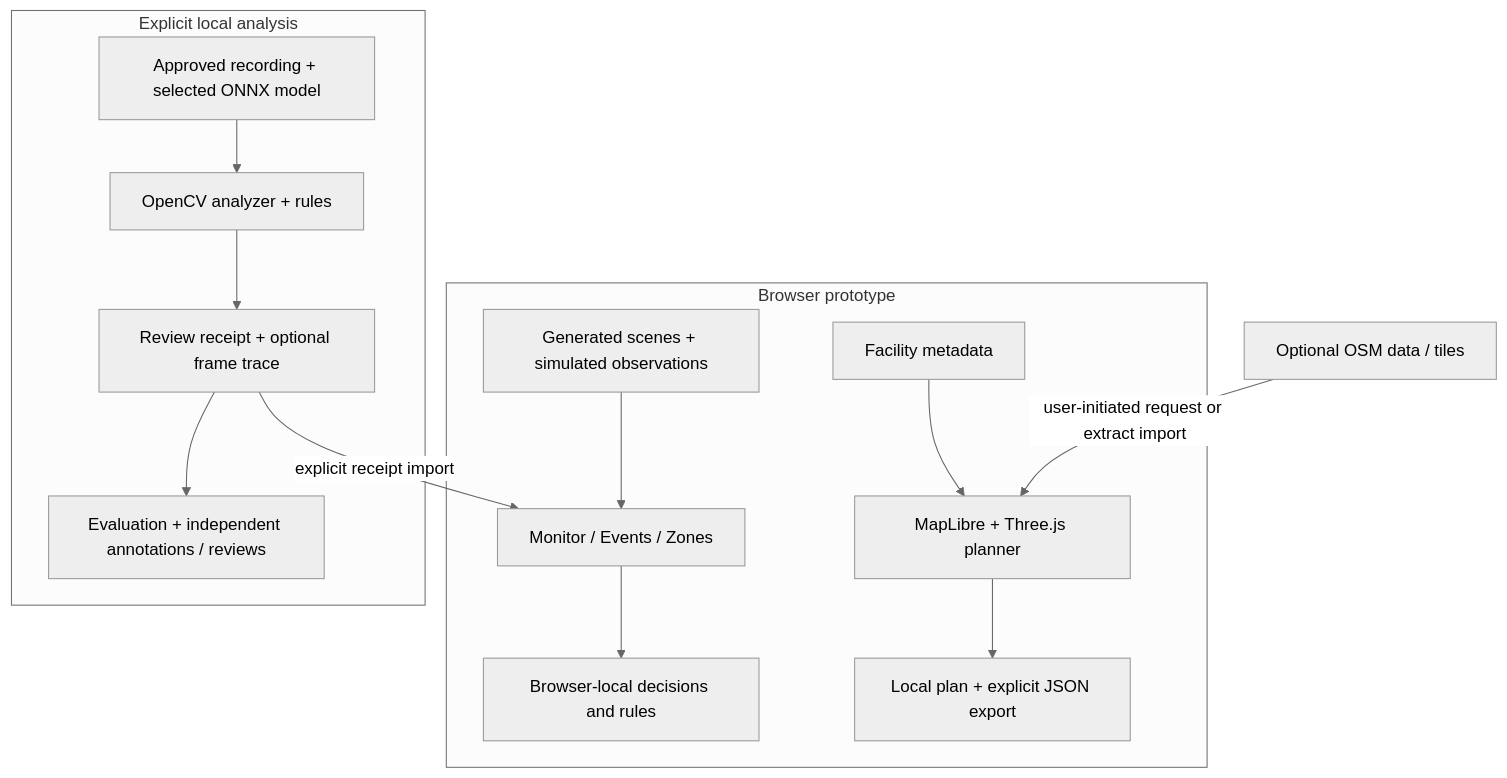
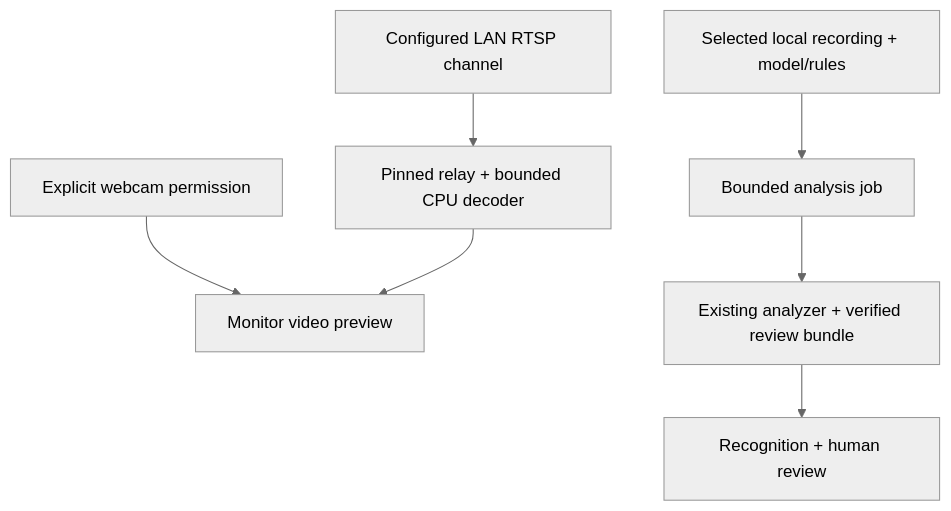
One commit to bartytime4life/Intelligent-DVR-Tool changed the first of 3 diagrams in docs/architecture.md. Above: the diagram before and after it, drawn with Mermaid (neutral theme). The commit also changed other lines of this file and 12 other files, not shown here.

First line of the commit message:
Complete camera preview recovery, sustained RTSP delivery and browser qualification (#29)

````diff
--- a/docs/architecture.md
+++ b/docs/architecture.md
@@ -7,16 +7,9 @@
 ```mermaid
 flowchart TD
-  subgraph Browser["Browser prototype"]
-    A["Generated scenes + simulated observations"] --> B["Monitor / Events / Zones"]
-    B --> C["Browser-local decisions and rules"]
-    D["Facility metadata"] --> E["MapLibre + Three.js planner"]
-    E --> F["Local plan + explicit JSON export"]
-  end
-  subgraph Offline["Explicit local analysis"]
-    G["Approved recording + selected ONNX model"] --> H["OpenCV analyzer + rules"]
-    H --> I["Review receipt + optional frame trace"]
-    I --> J["Evaluation + independent annotations / reviews"]
-  end
-  I -->|"explicit receipt import"| B
-  K["Optional OSM data / tiles"] -->|"user-initiated request or extract import"| E
+  A["Explicit webcam permission"] --> B["Monitor video preview"]
+  C["Configured LAN RTSP channel"] --> D["Pinned relay + bounded CPU decoder"]
+  D --> B
+  E["Selected local recording + model/rules"] --> F["Bounded analysis job"]
+  F --> G["Existing analyzer + verified review bundle"]
+  G --> H["Recognition + human review"]
 ```
````
